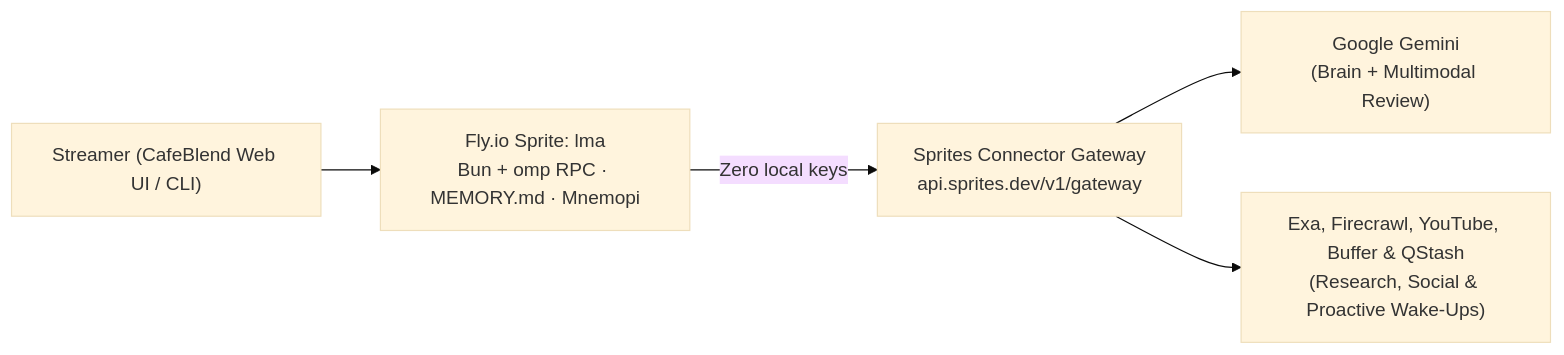
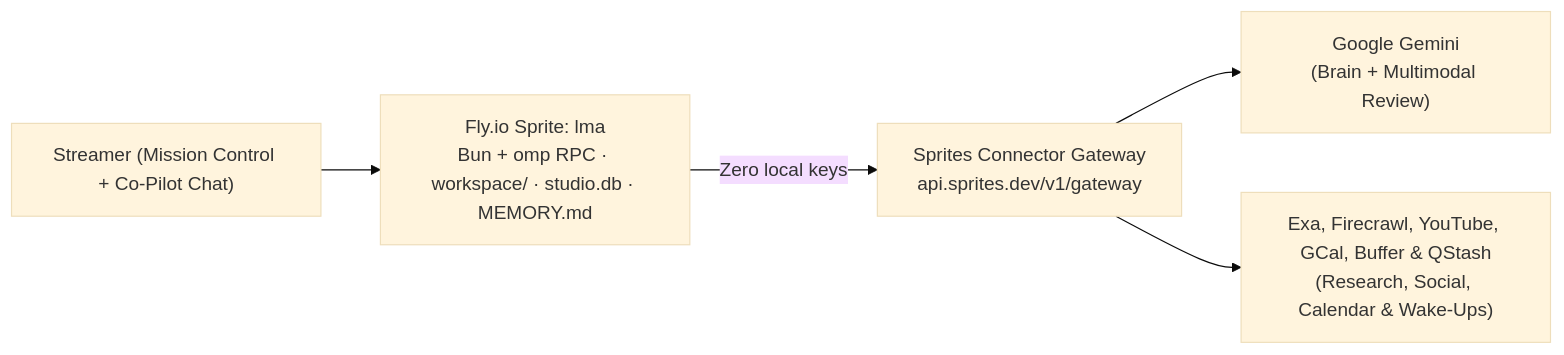
The diagram in README.md (roffidaijoubu/otto), drawn with Mermaid (base theme) before and after one commit. The commit also changed other lines of this file and 18 other files, not shown here.

First line of the commit message:
feat: add Unified Studio Workspace (Tier 3) & Unified SQLite Studio DB (WAL + Calendar migration)

````diff
--- a/README.md
+++ b/README.md
@@ -57,7 +57,7 @@
 ```mermaid
 flowchart LR
-    U["Streamer (CafeBlend Web UI / CLI)"] --> S["Fly.io Sprite: lma<br/>Bun + omp RPC · MEMORY.md · Mnemopi"]
+    U["Streamer (Mission Control + Co-Pilot Chat)"] --> S["Fly.io Sprite: lma<br/>Bun + omp RPC · workspace/ · studio.db · MEMORY.md"]
     S -->|"Zero local keys"| G["Sprites Connector Gateway<br/>api.sprites.dev/v1/gateway"]
     G --> M["Google Gemini<br/>(Brain + Multimodal Review)"]
-    G --> E["Exa, Firecrawl, YouTube, Buffer &amp; QStash<br/>(Research, Social &amp; Proactive Wake-Ups)"]
+    G --> E["Exa, Firecrawl, YouTube, GCal, Buffer &amp; QStash<br/>(Research, Social, Calendar &amp; Wake-Ups)"]
 ```
````
